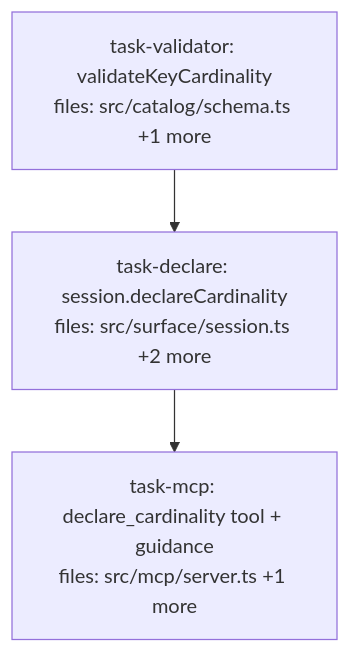
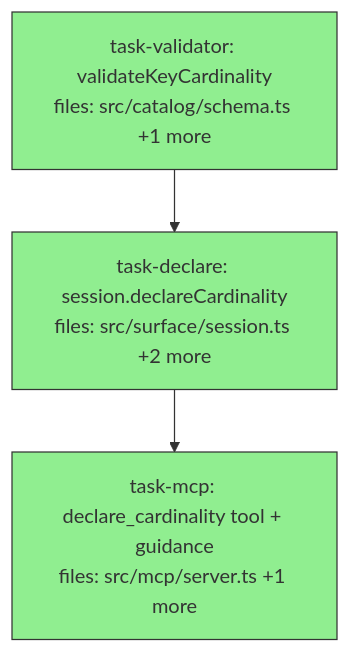
One commit to BrettNye/Mneme changed the diagram in docs/superpowers/plans/2026-07-02-mcp-cardinality-declaration-dag.md. Above: the diagram before and after it, drawn with Mermaid. The commit also changed other lines of this file, not shown here.

Commit message:
docs(plan): mark mcp-cardinality-declaration DAG complete (3/3)

````diff
--- a/docs/superpowers/plans/2026-07-02-mcp-cardinality-declaration-dag.md
+++ b/docs/superpowers/plans/2026-07-02-mcp-cardinality-declaration-dag.md
@@ -10,15 +10,15 @@
 ```mermaid
 flowchart TD
-    task-validator["task-validator: validateKeyCardinality<br/>files: src/catalog/schema.ts +1 more"]
-    task-declare["task-declare: session.declareCardinality<br/>files: src/surface/session.ts +2 more"]
-    task-mcp["task-mcp: declare_cardinality tool + guidance<br/>files: src/mcp/server.ts +1 more"]
+    task-validator["task-validator: validateKeyCardinality<br/>files: src/catalog/schema.ts +1 more"]:::done
+    task-declare["task-declare: session.declareCardinality<br/>files: src/surface/session.ts +2 more"]:::done
+    task-mcp["task-mcp: declare_cardinality tool + guidance<br/>files: src/mcp/server.ts +1 more"]:::done
 
     task-validator --> task-declare
     task-declare --> task-mcp
 
     classDef done fill:#90ee90,stroke:#333
     classDef ready fill:#fffacd,stroke:#333
     classDef running fill:#87ceeb,stroke:#333
     classDef failed fill:#ffb6c1,stroke:#333
     classDef skipped fill:#d3d3d3,stroke:#333,stroke-dasharray: 5 5
 ```
````
